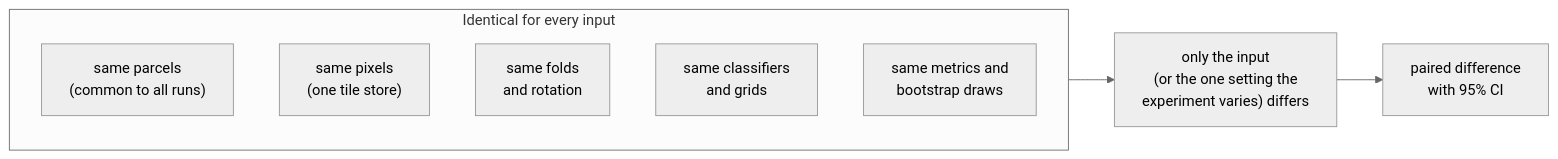
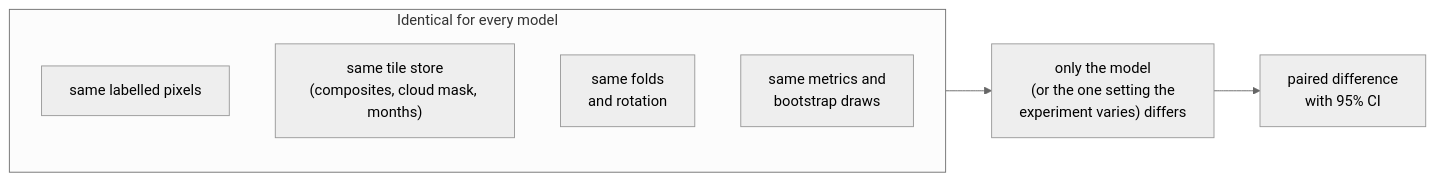
Before and after one commit to amanchry/irrimapping-geofm: the diagram in docs/phase2_models/evaluation.md, drawn with Mermaid (neutral theme). The commit also changed other lines of this file and 56 other files, not shown here.

````diff
--- a/docs/phase2_models/evaluation.md
+++ b/docs/phase2_models/evaluation.md
@@ -106,12 +70,11 @@
 ```mermaid
 flowchart LR
-    subgraph SAME["Identical for every input"]
-        P1["same parcels<br/>(common to all runs)"]
-        P2["same pixels<br/>(one tile store)"]
+    subgraph SAME["Identical for every model"]
+        P1["same labelled pixels"]
+        P2["same tile store<br/>(composites, cloud mask, months)"]
         P3["same folds<br/>and rotation"]
-        P4["same classifiers<br/>and grids"]
-        P5["same metrics and<br/>bootstrap draws"]
+        P4["same metrics and<br/>bootstrap draws"]
     end
-    SAME --> D["only the input<br/>(or the one setting the<br/>experiment varies) differs"]
+    SAME --> D["only the model<br/>(or the one setting the<br/>experiment varies) differs"]
     D --> C["paired difference<br/>with 95% CI"]
 ```
````
